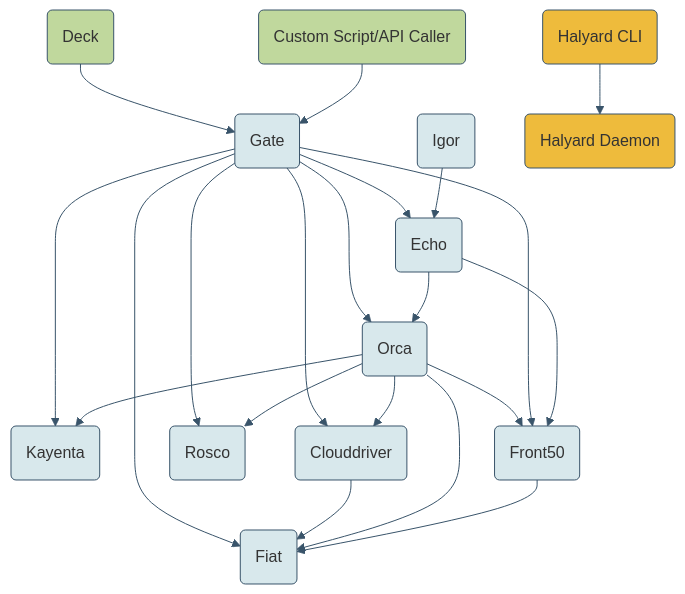
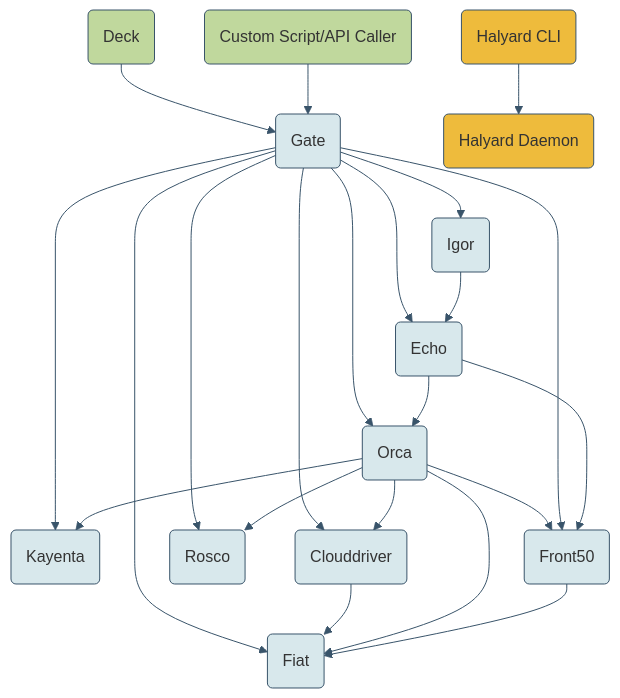
The diagram in reference/architecture/index.md (spinnaker/spinnaker.github.io), drawn with Mermaid before and after one commit.

Commit message:
update architecture docs; gate communicates with igor

```diff
--- a/reference/architecture/index.md
+++ b/reference/architecture/index.md
@@ -72,34 +72,35 @@
  <div class="mermaid">
  graph TB
 
  deck(Deck) --> gate;
  api(Custom Script/API Caller) --> gate(Gate);
  gate --> kayenta(Kayenta);
  gate --> orca(Orca);
  gate --> clouddriver(Clouddriver);
  orca --> clouddriver;
  gate --> rosco(Rosco);
  orca --> front50;
  orca --> rosco;
  gate --> front50(Front50);
  gate --> fiat(Fiat);
  orca --> kayenta;
  clouddriver --> fiat;
  orca --> fiat;
  front50 --> fiat;
  echo(Echo) --> orca;
  echo --> front50;
  gate --> echo;
+ gate --> igor(Igor);
  igor(Igor) --> echo;
 
  hal(Halyard CLI) --> halyard(Halyard Daemon);
 
  classDef default fill:#d8e8ec,stroke:#39546a;
  linkStyle default stroke:#39546a,stroke-width:1px,fill:none;
 
  classDef halStyle fill:#eebb3c,stroke:#39546a;
  class halyard,hal halStyle;
 
  classDef external fill:#c0d89d,stroke:#39546a;
  class deck,api external;
  </div>
```
